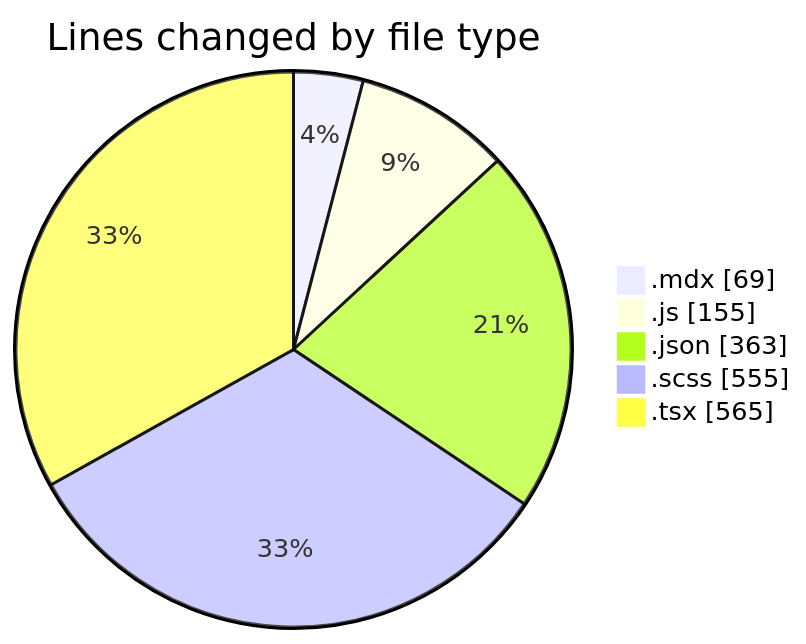
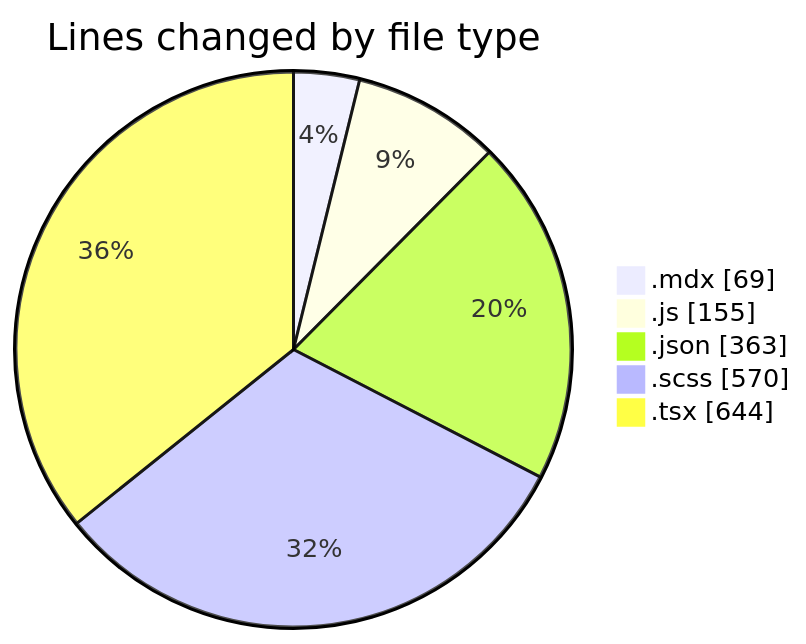
Before and after one commit to momahboobian/code-tracking: the first of 2 diagrams in 2026-08-13/cda/README.md, drawn with Mermaid. The commit also changed other lines of this file and 1 other file, not shown here.

````diff
--- a/2026-08-13/cda/README.md
+++ b/2026-08-13/cda/README.md
@@ -32,9 +32,9 @@
 ```mermaid
 pie showData
 title Lines changed by file type
 ".mdx" : 69
 ".js" : 155
 ".json" : 363
-".scss" : 555
-".tsx" : 565
+".scss" : 570
+".tsx" : 644
 ```
````
